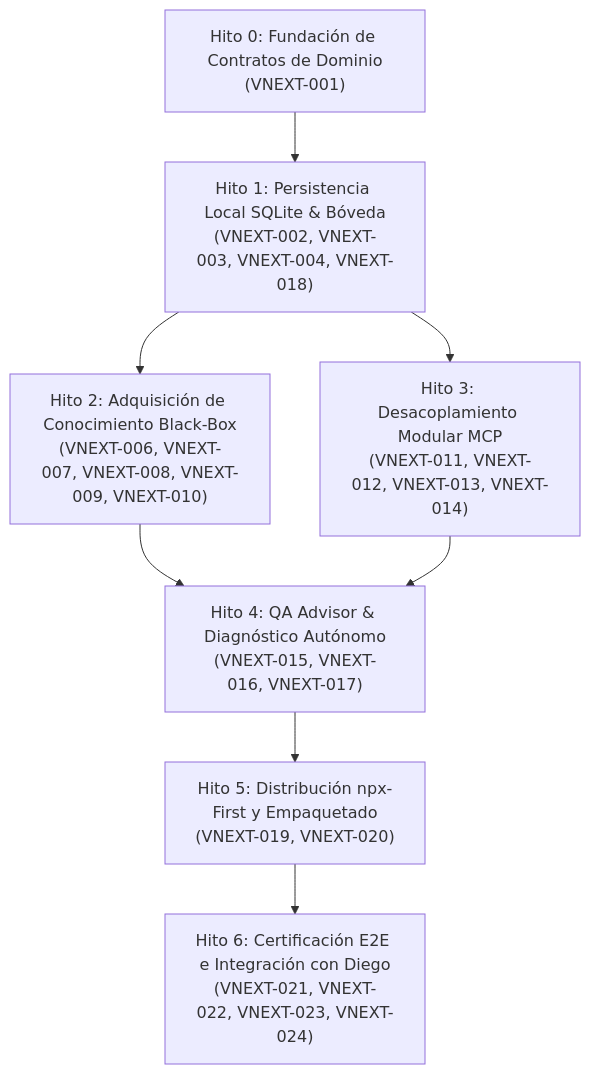
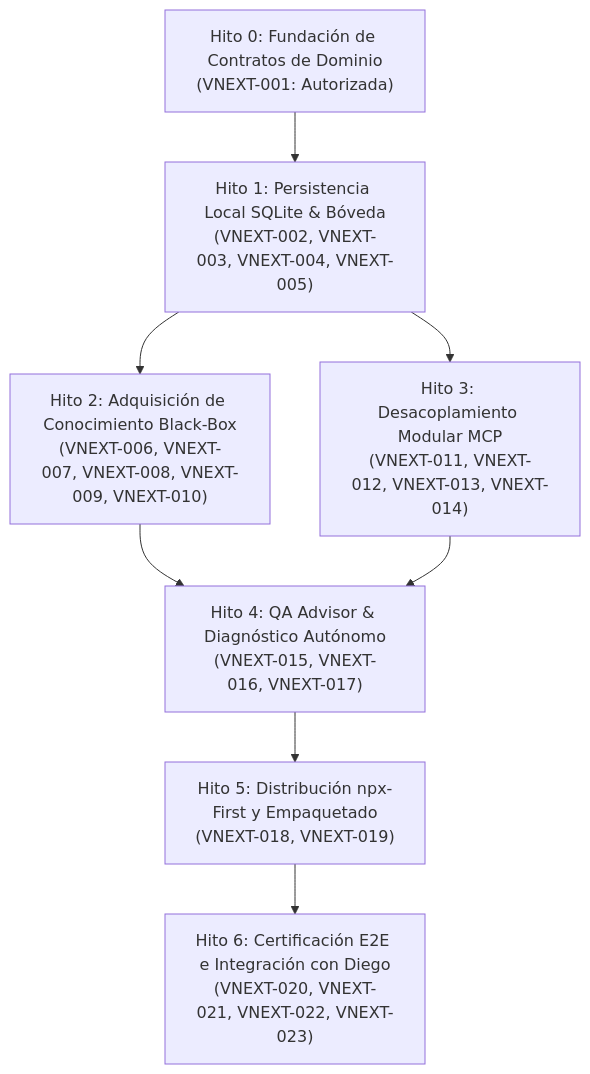
The diagram in docs/vnext/04_BACKLOG_Y_WBS_PRELIMINAR.md (Hyouka73/QAMCP), drawn with Mermaid before and after one commit. The commit also changed other lines of this file and 15 other files, not shown here.

Commit message:
feat(vnext): implementar VNEXT-001 modelo de dominio, planos epistemologicos y contratos de conocimiento

````diff
--- a/docs/vnext/04_BACKLOG_Y_WBS_PRELIMINAR.md
+++ b/docs/vnext/04_BACKLOG_Y_WBS_PRELIMINAR.md
@@ -18,10 +19,10 @@
 ```mermaid
 flowchart TD
-    H0["Hito 0: Fundación de Contratos de Dominio<br/>(VNEXT-001)"] --> H1["Hito 1: Persistencia Local SQLite & Bóveda<br/>(VNEXT-002, VNEXT-003, VNEXT-004, VNEXT-018)"]
+    H0["Hito 0: Fundación de Contratos de Dominio<br/>(VNEXT-001: Autorizada)"] --> H1["Hito 1: Persistencia Local SQLite & Bóveda<br/>(VNEXT-002, VNEXT-003, VNEXT-004, VNEXT-005)"]
     H1 --> H2["Hito 2: Adquisición de Conocimiento Black-Box<br/>(VNEXT-006, VNEXT-007, VNEXT-008, VNEXT-009, VNEXT-010)"]
     H1 --> H3["Hito 3: Desacoplamiento Modular MCP<br/>(VNEXT-011, VNEXT-012, VNEXT-013, VNEXT-014)"]
     H2 --> H4["Hito 4: QA Advisor & Diagnóstico Autónomo<br/>(VNEXT-015, VNEXT-016, VNEXT-017)"]
     H3 --> H4
-    H4 --> H5["Hito 5: Distribución npx-First y Empaquetado<br/>(VNEXT-019, VNEXT-020)"]
-    H5 --> H6["Hito 6: Certificación E2E e Integración con Diego<br/>(VNEXT-021, VNEXT-022, VNEXT-023, VNEXT-024)"]
+    H4 --> H5["Hito 5: Distribución npx-First y Empaquetado<br/>(VNEXT-018, VNEXT-019)"]
+    H5 --> H6["Hito 6: Certificación E2E e Integración con Diego<br/>(VNEXT-020, VNEXT-021, VNEXT-022, VNEXT-023)"]
 ```
````
